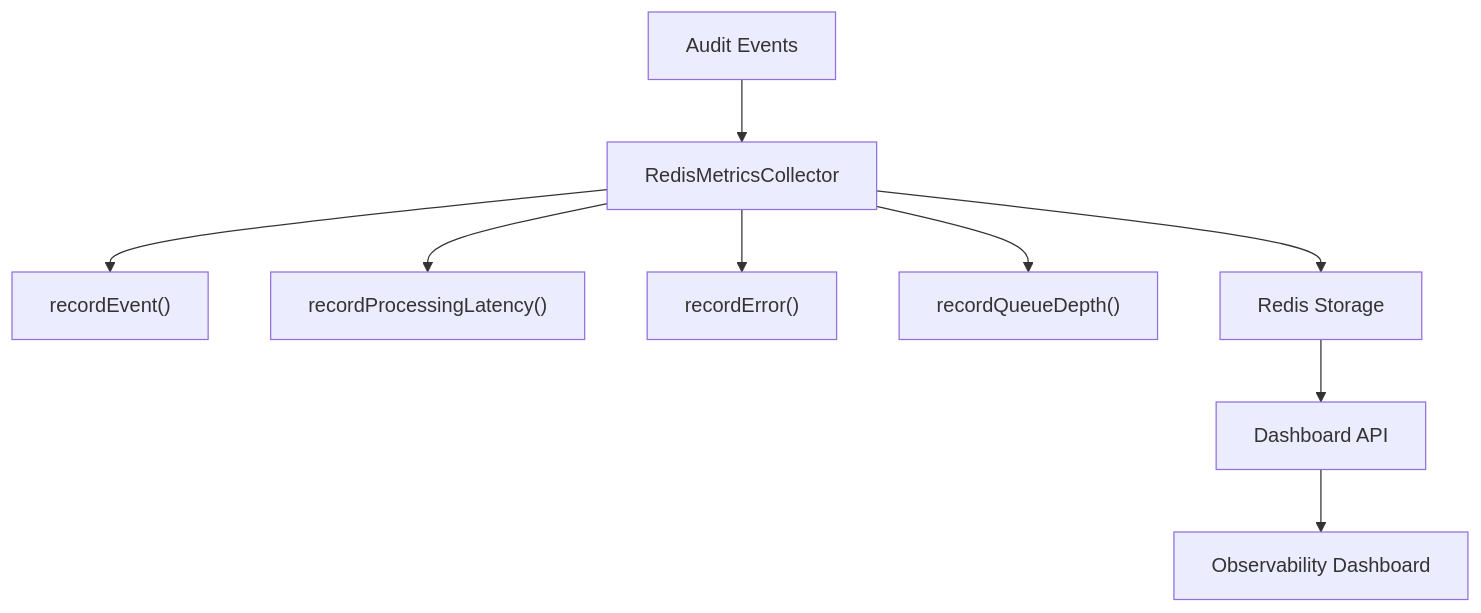
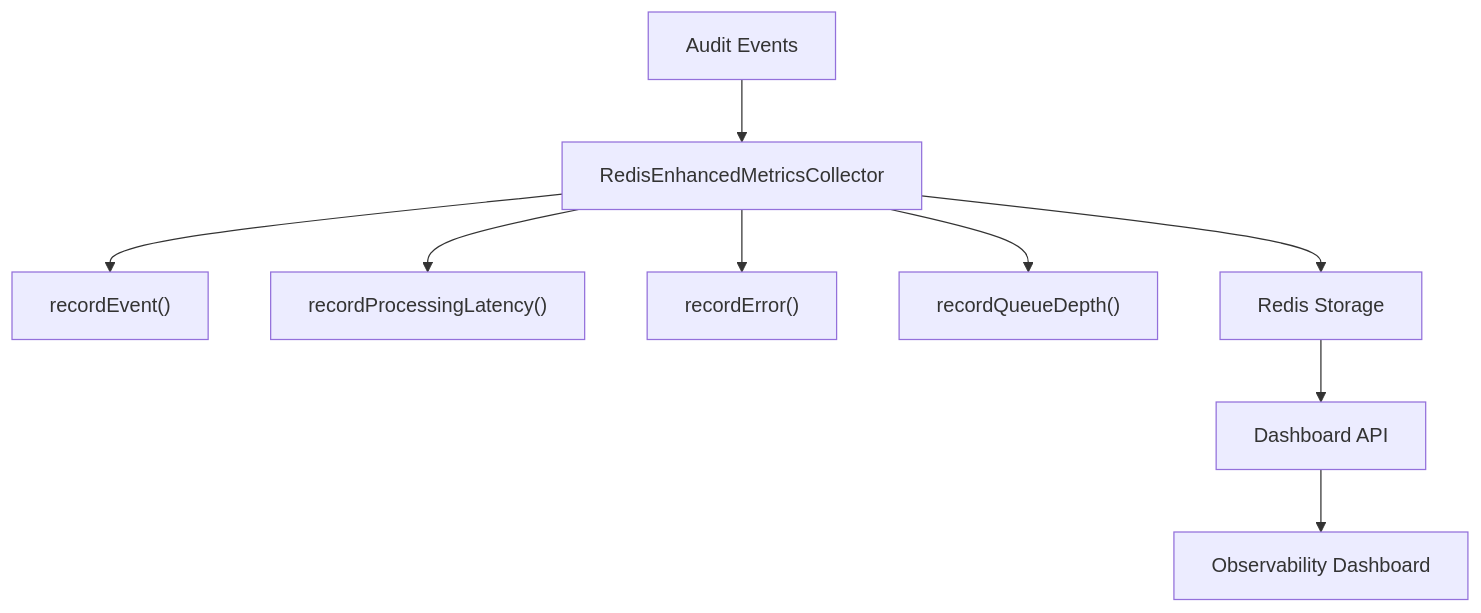
The first of 13 diagrams in .qoder/repowiki/en/content/Audit Core System/Observability/Observability Dashboard.md (smedrec/smart-logs), drawn with Mermaid before and after one commit. The commit also changed other lines of this file and 27 other files, not shown here.

````diff
--- a/.qoder/repowiki/en/content/Audit Core System/Observability/Observability Dashboard.md
+++ b/.qoder/repowiki/en/content/Audit Core System/Observability/Observability Dashboard.md
@@ -49,11 +48,11 @@
 ```mermaid
 flowchart TD
-A["Audit Events"] --> B["RedisMetricsCollector"]
+A["Audit Events"] --> B["RedisEnhancedMetricsCollector"]
 B --> C["recordEvent()"]
 B --> D["recordProcessingLatency()"]
 B --> E["recordError()"]
 B --> F["recordQueueDepth()"]
 B --> G["Redis Storage"]
 G --> H["Dashboard API"]
 H --> I["Observability Dashboard"]
 ```
````
